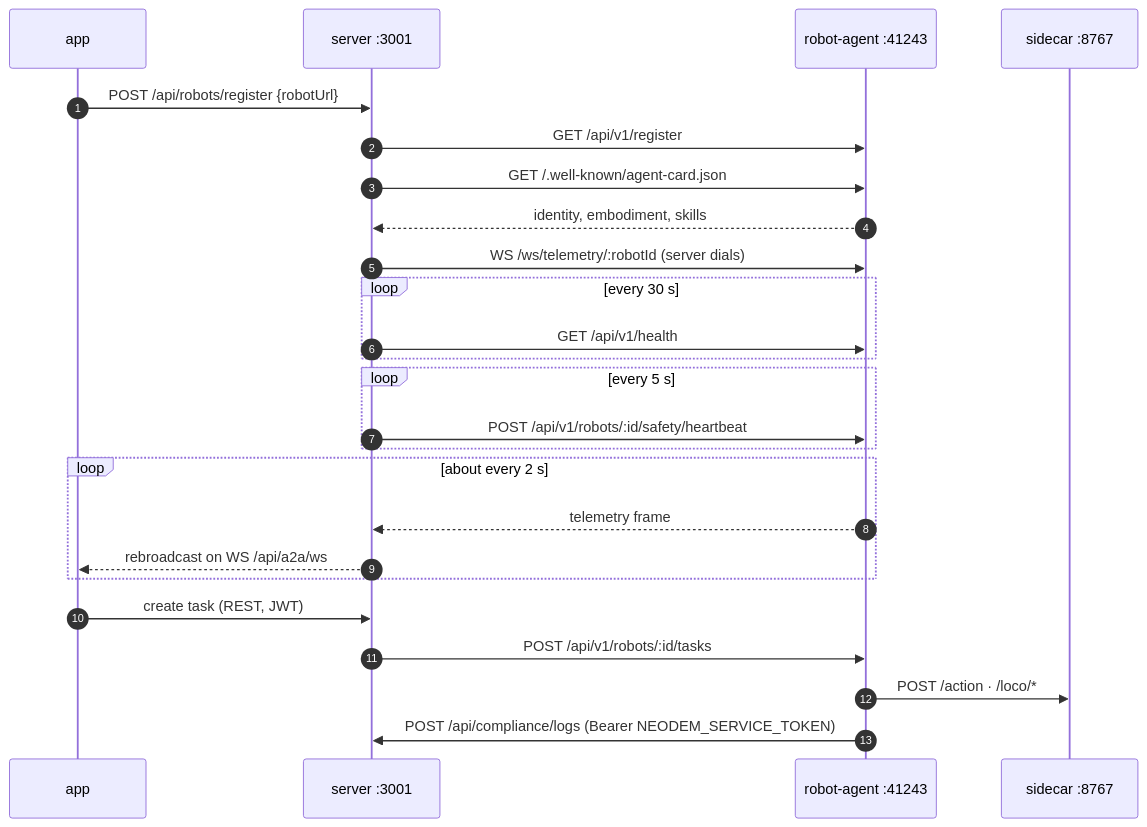
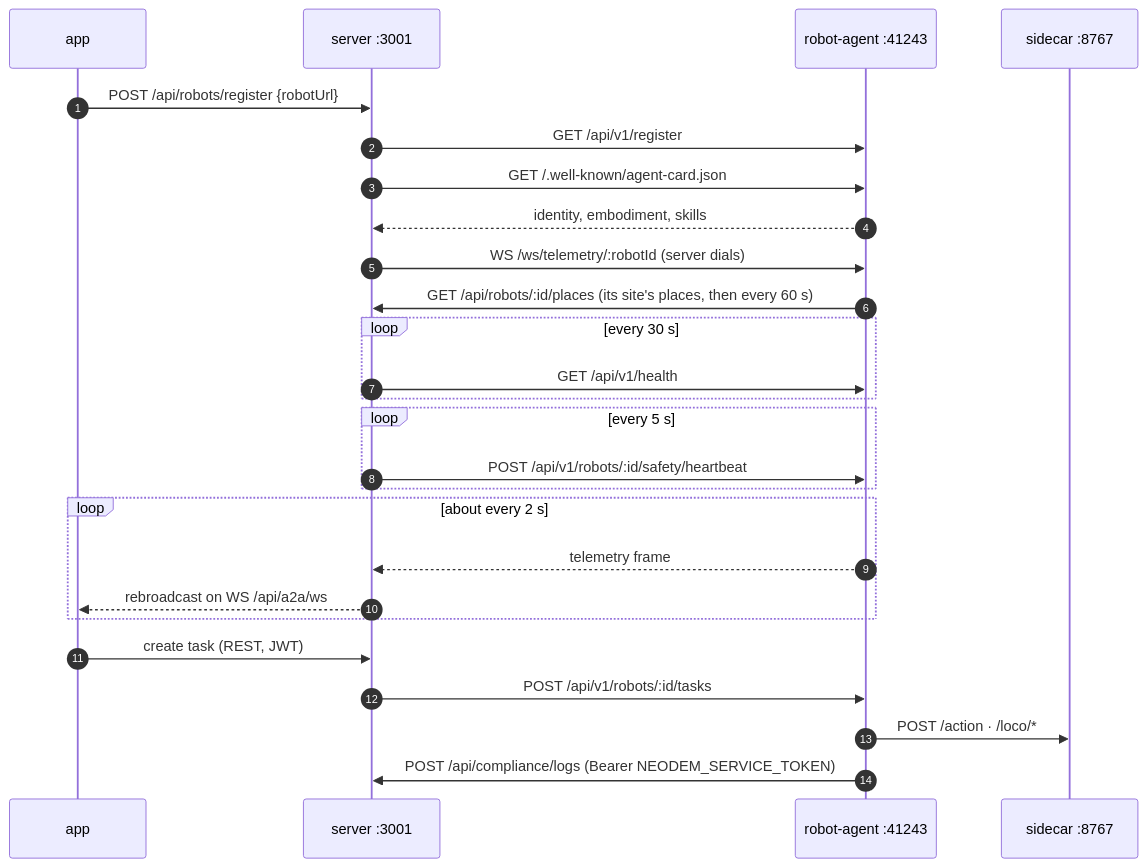
The first of 2 diagrams in docs/network-architecture.md (RaaSaaR-org/robot-management-system), drawn with Mermaid before and after one commit. The commit also changed other lines of this file and 4 other files, not shown here.

````diff
--- a/docs/network-architecture.md
+++ b/docs/network-architecture.md
@@ -36,28 +36,29 @@
 ```mermaid
 sequenceDiagram
     autonumber
     participant Op as app
     participant S as server :3001
     participant A as robot-agent :41243
     participant H as sidecar :8767
 
     Op->>S: POST /api/robots/register {robotUrl}
     S->>A: GET /api/v1/register
     S->>A: GET /.well-known/agent-card.json
     A-->>S: identity, embodiment, skills
     S->>A: WS /ws/telemetry/:robotId (server dials)
+    A->>S: GET /api/robots/:id/places (its site's places, then every 60 s)
     loop every 30 s
         S->>A: GET /api/v1/health
     end
     loop every 5 s
         S->>A: POST /api/v1/robots/:id/safety/heartbeat
     end
     loop about every 2 s
         A-->>S: telemetry frame
         S-->>Op: rebroadcast on WS /api/a2a/ws
     end
     Op->>S: create task (REST, JWT)
     S->>A: POST /api/v1/robots/:id/tasks
     A->>H: POST /action · /loco/*
     A->>S: POST /api/compliance/logs (Bearer NEODEM_SERVICE_TOKEN)
 ```
````
